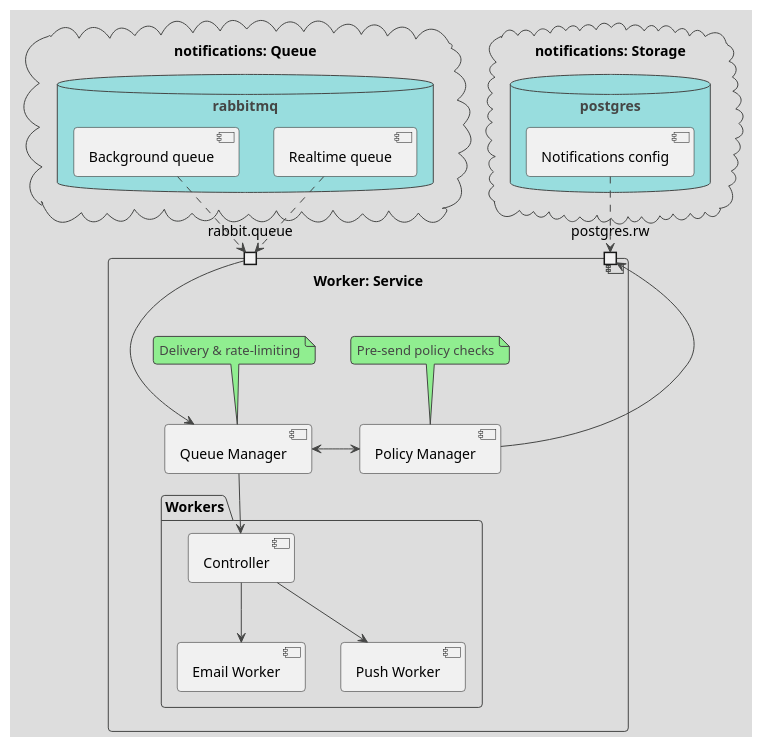
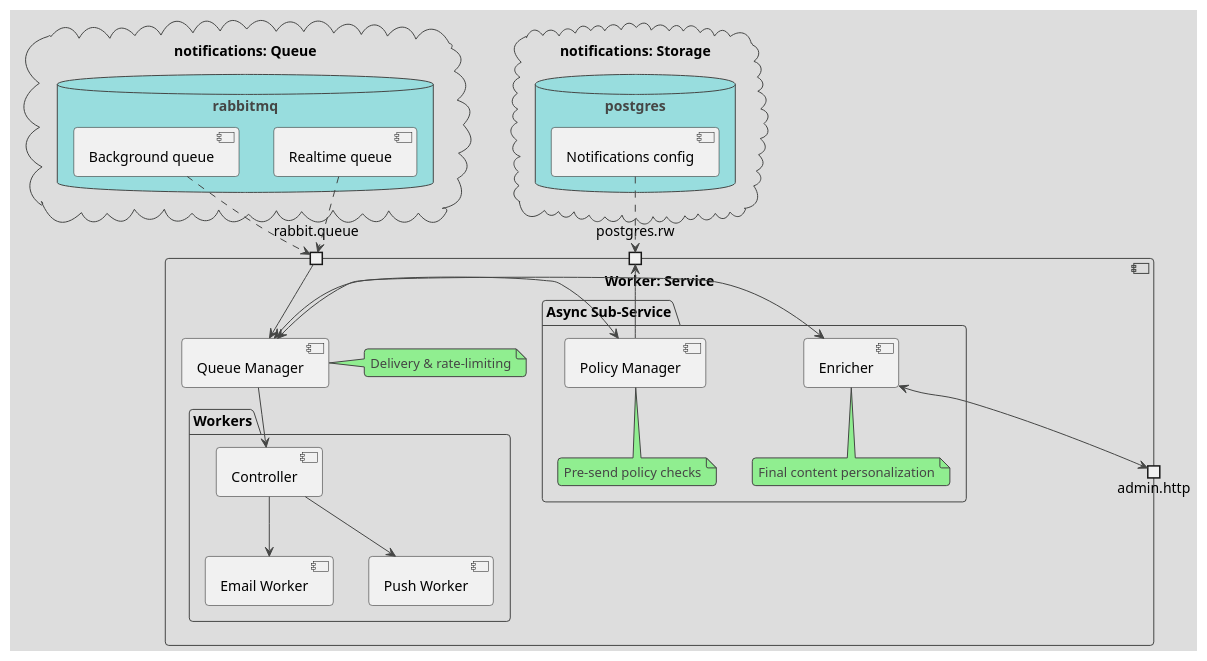
One commit to ilya-spy/notifications_sprint_1 changed the diagram in doc/arch/notifications_worker.puml. Above: the diagram before and after it, drawn with PlantUML. The commit also changed 6 other files, not shown here.

```diff
--- a/doc/arch/notifications_worker.puml
+++ b/doc/arch/notifications_worker.puml
@@ -1,59 +1,69 @@
 @startuml "Notifications worker module"
 !theme toy
 '''Часть сервиса уведомлений, отвечающая за доставку уведомлений в каналы распространения''
 
 
 '''Хранилища и внешние сервисы'''
 cloud "notifications: Queue" {
     database "rabbitmq" {
         [Realtime queue]
         [Background queue]
     }
 }
 
 cloud "notifications: Storage" {
     database "postgres" {
         [Notifications config]
 
     }
 }
 
 
 '''Компоненты бизнес-логики'''
 component "Worker: Service" {
     'Внешние интерфейсы службы'
     portin rabbit.queue
     portin postgres.rw
+    portout admin.http
 
     'Компоненты службы'
     [Queue Manager]
-    note top of [Queue Manager]: Delivery & rate-limiting
+    note right of [Queue Manager]: Delivery & rate-limiting
 
-    [Policy Manager]
-    note top of [Policy Manager]: Pre-send policy checks
 
     package "Workers" {
         [Controller]
         [Email Worker]
         [Push Worker]
     }
 
+    package "Async Sub-Service" {
+        [Policy Manager]
+        note bottom of [Policy Manager]: Pre-send policy checks
+
+        [Enricher]
+        note bottom of [Enricher]: Final content personalization
+    }
+
     'Внутренние каналы службы'
     [Queue Manager] --> [Controller]
     [Queue Manager] <-> [Policy Manager]
+    [Queue Manager] <-> [Enricher]
 
     [Controller] --> [Email Worker]
     [Controller] --> [Push Worker]
 
     'Обслуживание внешних интерфейсы'
     rabbit.queue -->  [Queue Manager]
     postgres.rw  <--  [Policy Manager]
+    
+    [Enricher] <-> admin.http
 }
 
 
 '''Обслуживание внешних и облачных сервисов'''
 [Background queue] ..> rabbit.queue
 [Realtime queue]   ..> rabbit.queue
-[Notifications config] ..> postgres.rw
+[Notifications config] .down.> postgres.rw
 
 @enduml
```
